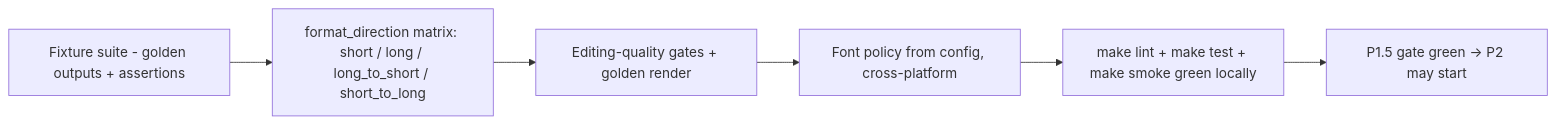
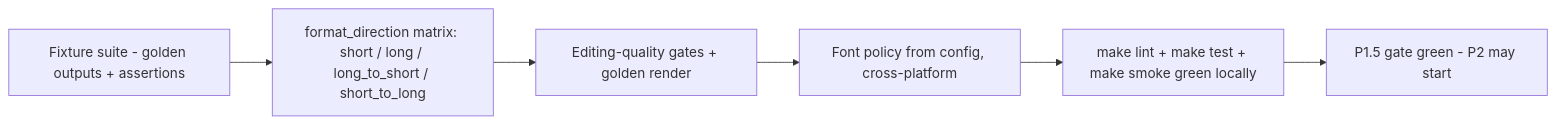
The eighth of 12 diagrams in PLAN.md (noah-sheldon/contentforge), drawn with Mermaid before and after one commit. The commit also changed 2 other files, not shown here.

Commit message:
docs(diagrams): fix mermaid parse errors in API-surface LLD
Raw pipes inside node labels broke GitHub rendering (approve|reject,
GET|PUT). Pipes are only valid as edge labels in mermaid, so label text
now reads 'approve or reject' / 'GET or PUT'. Also removed a literal ->
from a PLAN.md P1.5 node label. All mermaid blocks now scan clean for
in-label pipes.

````diff
--- a/PLAN.md
+++ b/PLAN.md
@@ -177,8 +177,8 @@
 ```mermaid
 flowchart LR
     FIX[Fixture suite - golden outputs + assertions] --> MAT[format_direction matrix: short / long / long_to_short / short_to_long]
     MAT --> GOLD[Editing-quality gates + golden render]
     GOLD --> FONT[Font policy from config, cross-platform]
     FONT --> REPO[make lint + make test + make smoke green locally]
-    REPO --> GATE[P1.5 gate green -> P2 may start]
+    REPO --> GATE[P1.5 gate green - P2 may start]
 ```
````
